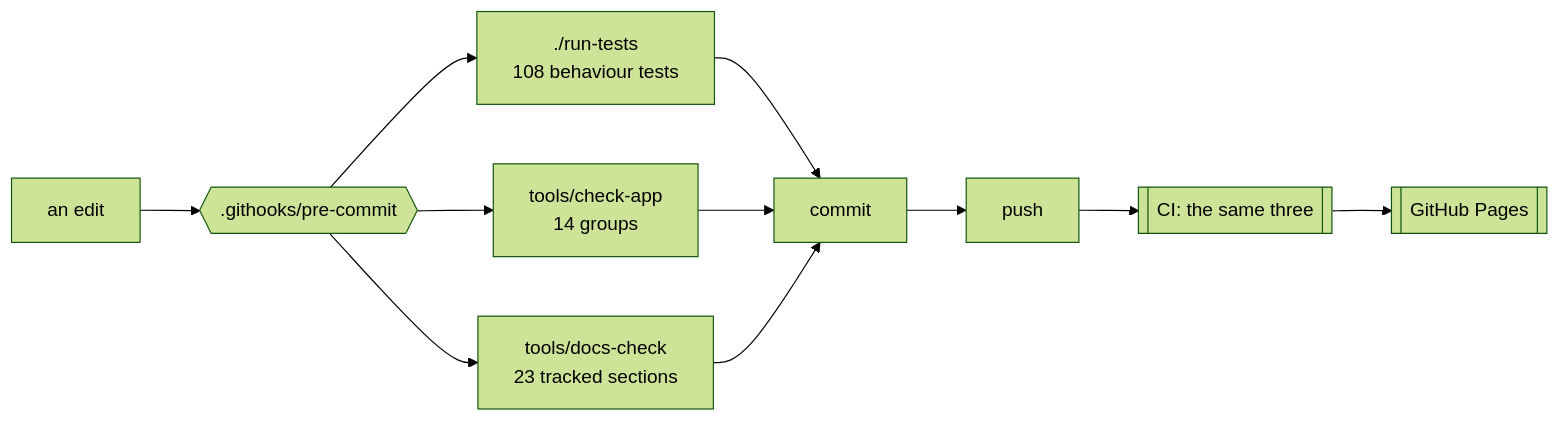
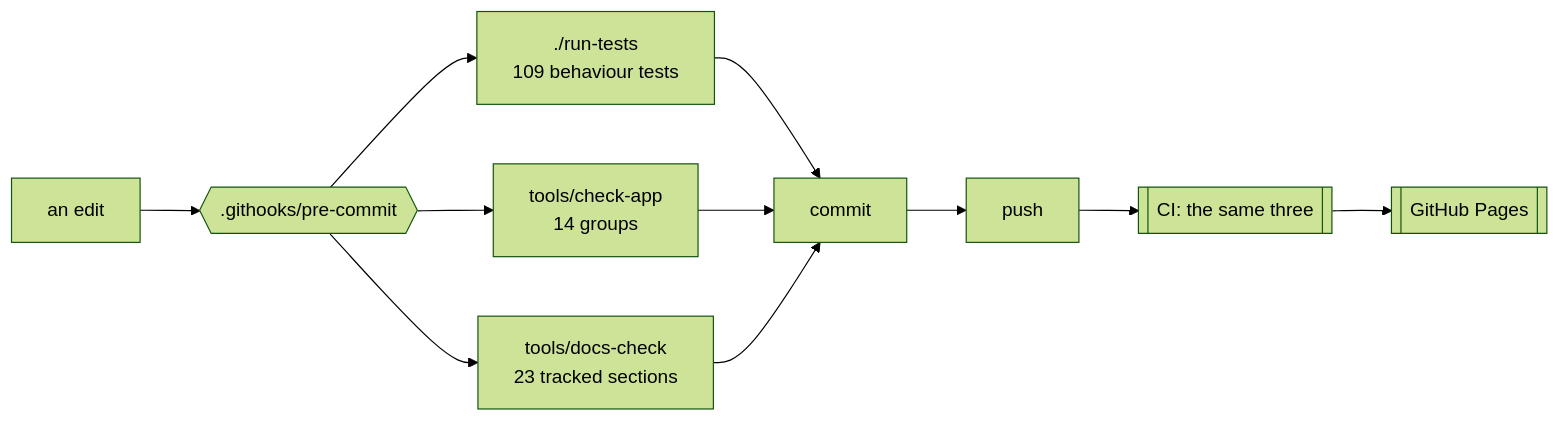
One commit to minormending/crystal-pilot-mobile changed the diagram in docs/DEVELOPING.md. Above: the diagram before and after it, drawn with Mermaid (forest theme). The commit also changed other lines of this file and 9 other files, not shown here.

````diff
--- a/docs/DEVELOPING.md
+++ b/docs/DEVELOPING.md
@@ -15,12 +15,12 @@
 ```mermaid
 flowchart LR
     E[an edit] --> H{{".githooks/pre-commit"}}
-    H --> T["./run-tests<br/>108 behaviour tests"]
+    H --> T["./run-tests<br/>109 behaviour tests"]
     H --> C["tools/check-app<br/>14 groups"]
     H --> D["tools/docs-check<br/>23 tracked sections"]
     T --> OK[commit]
     C --> OK
     D --> OK
     OK --> P[push] --> CI[["CI: the same three"]]
     CI --> PG[[GitHub Pages]]
 ```
````
